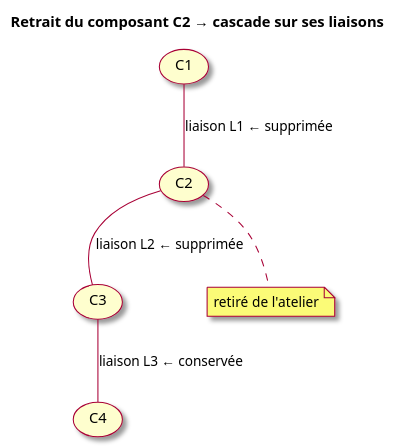
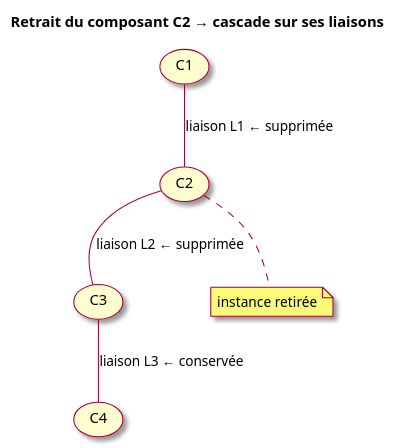
One commit to olivaux/myr changed the second of 3 diagrams in specs/1-Expression/UCAM-Atelier_Module/UCAM08.md. Above: the diagram before and after it, drawn with PlantUML. The commit also changed other lines of this file and 65 other files, not shown here.

````diff
--- a/specs/1-Expression/UCAM-Atelier_Module/UCAM08.md
+++ b/specs/1-Expression/UCAM-Atelier_Module/UCAM08.md
@@ -75,12 +67,12 @@
 ```plantuml
 @startuml
 skin rose
 title Retrait du composant C2 → cascade sur ses liaisons
 
 (C1) -- (C2) : liaison L1 ← supprimée
 (C2) -- (C3) : liaison L2 ← supprimée
 (C3) -- (C4) : liaison L3 ← conservée
 
-note bottom of (C2) : retiré de l'atelier
+note bottom of (C2) : instance retirée
 @enduml
 ```
````
